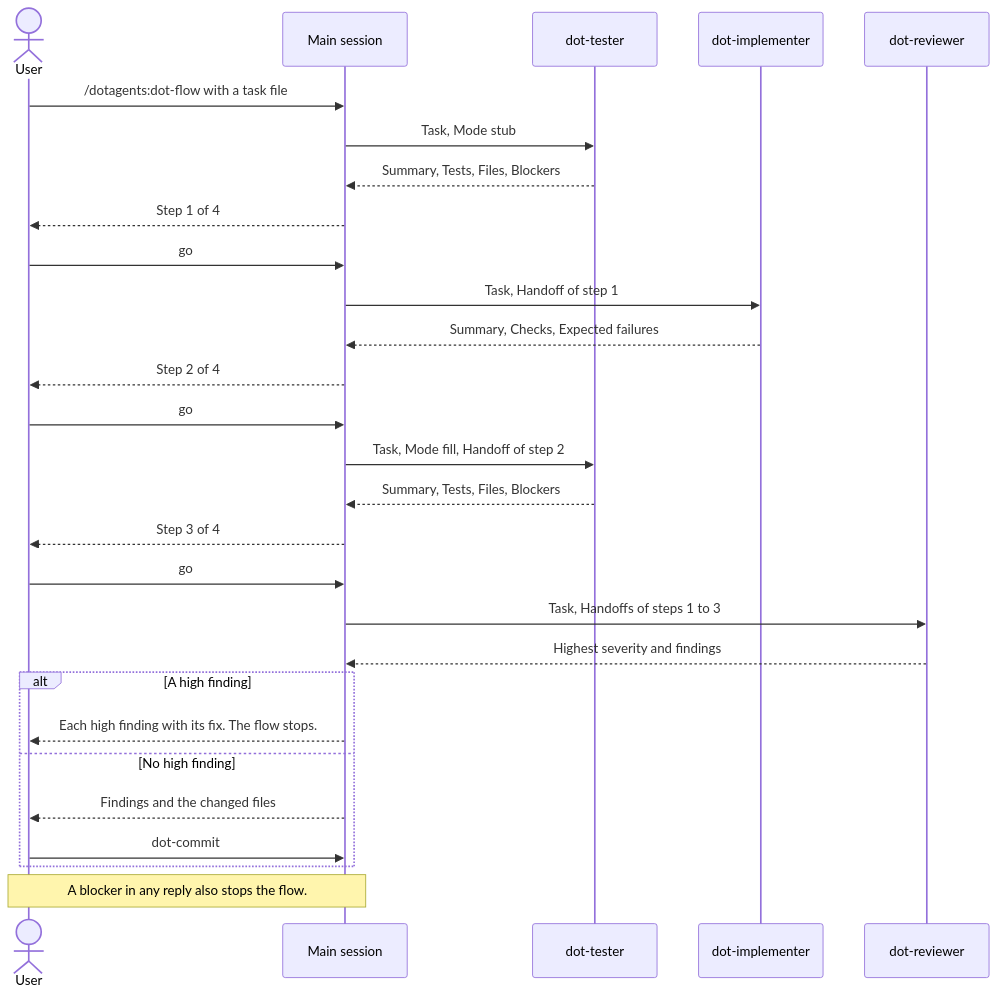
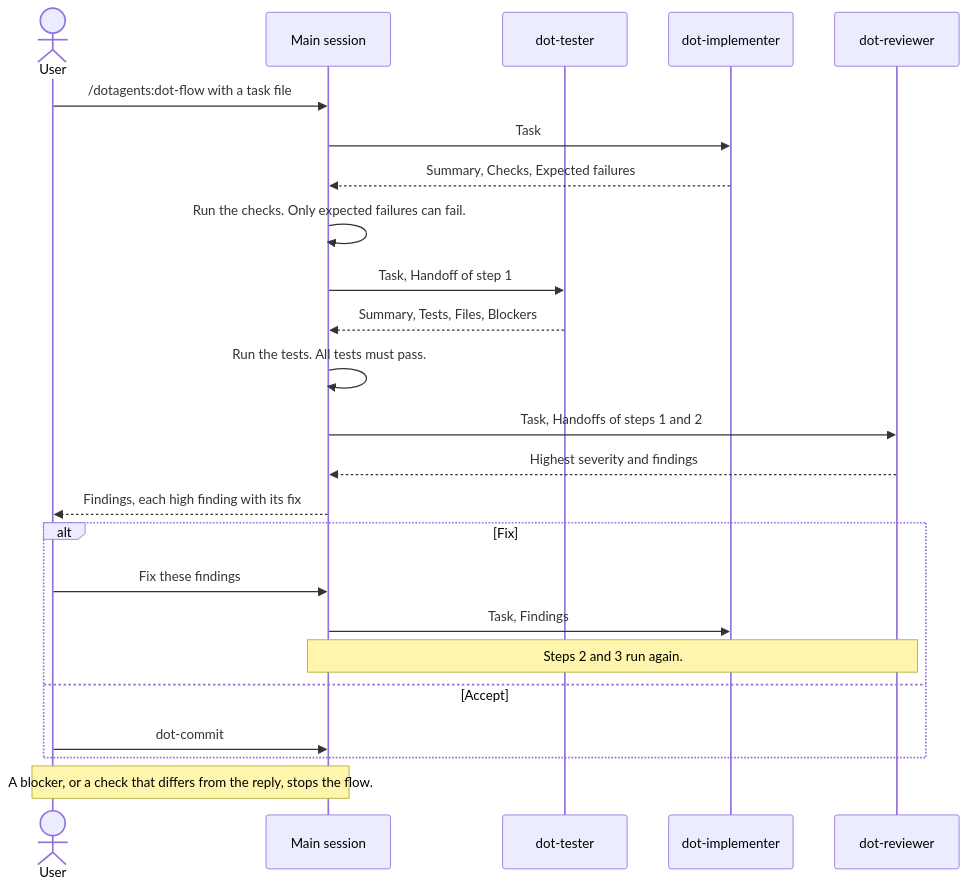
The diagram in docs/guide/04-build.md (igorlau/dotagents), drawn with Mermaid before and after one commit. The commit also changed other lines of this file and 41 other files, not shown here.

````diff
--- a/docs/guide/04-build.md
+++ b/docs/guide/04-build.md
@@ -24,30 +24,26 @@
 ```mermaid
 sequenceDiagram
     actor User
     participant Main as Main session
     participant Tester as dot-tester
     participant Implementer as dot-implementer
     participant Reviewer as dot-reviewer
     User->>Main: /dotagents:dot-flow with a task file
-    Main->>Tester: Task, Mode stub
+    Main->>Implementer: Task
+    Implementer-->>Main: Summary, Checks, Expected failures
+    Main->>Main: Run the checks. Only expected failures can fail.
+    Main->>Tester: Task, Handoff of step 1
     Tester-->>Main: Summary, Tests, Files, Blockers
-    Main-->>User: Step 1 of 4
-    User->>Main: go
-    Main->>Implementer: Task, Handoff of step 1
-    Implementer-->>Main: Summary, Checks, Expected failures
-    Main-->>User: Step 2 of 4
-    User->>Main: go
-    Main->>Tester: Task, Mode fill, Handoff of step 2
-    Tester-->>Main: Summary, Tests, Files, Blockers
-    Main-->>User: Step 3 of 4
-    User->>Main: go
-    Main->>Reviewer: Task, Handoffs of steps 1 to 3
+    Main->>Main: Run the tests. All tests must pass.
+    Main->>Reviewer: Task, Handoffs of steps 1 and 2
     Reviewer-->>Main: Highest severity and findings
-    alt A high finding
-        Main-->>User: Each high finding with its fix. The flow stops.
-    else No high finding
-        Main-->>User: Findings and the changed files
+    Main-->>User: Findings, each high finding with its fix
+    alt Fix
+        User->>Main: Fix these findings
+        Main->>Implementer: Task, Findings
+        Note over Main,Reviewer: Steps 2 and 3 run again.
+    else Accept
         User->>Main: dot-commit
     end
-    Note over User,Main: A blocker in any reply also stops the flow.
+    Note over User,Main: A blocker, or a check that differs from the reply, stops the flow.
 ```
````
